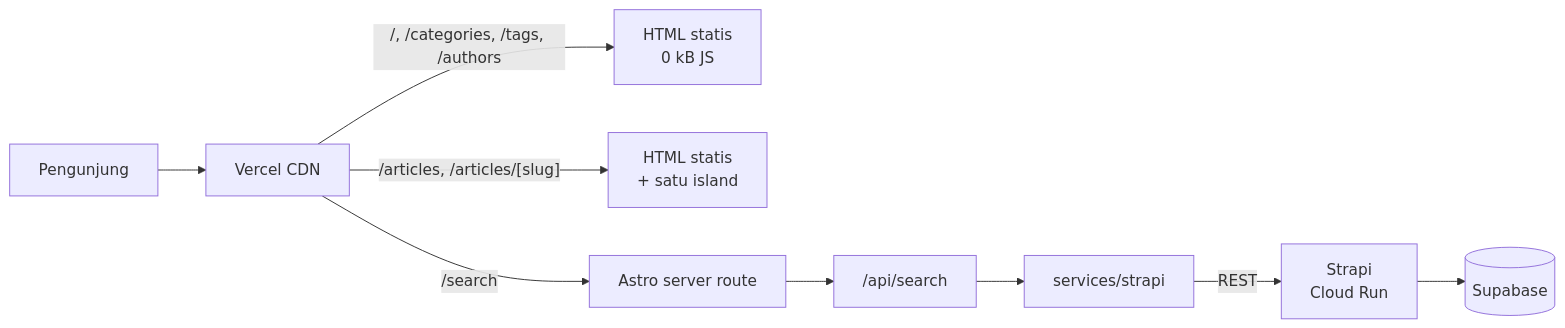
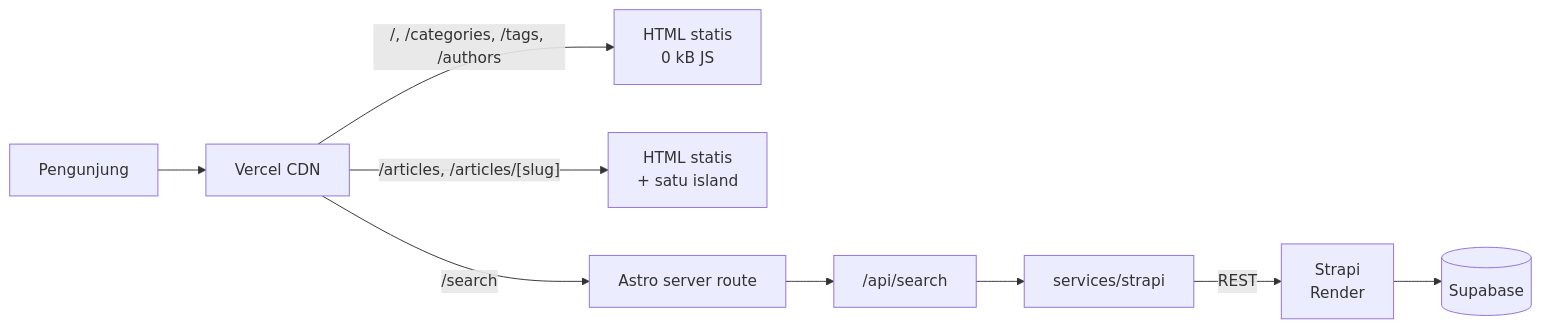
Before and after one commit to AnggaWikaNugraha/knowly-headless-cms: the second of 3 diagrams in docs/ARCHITECTURE.id.md, drawn with Mermaid. The commit also changed other lines of this file and 8 other files, not shown here.

````diff
--- a/docs/ARCHITECTURE.id.md
+++ b/docs/ARCHITECTURE.id.md
@@ -80,11 +80,11 @@
 ```mermaid
 flowchart LR
     U["Pengunjung"] --> CDN["Vercel CDN"]
     CDN -->|"/, /categories, /tags, /authors"| H["HTML statis<br/>0 kB JS"]
     CDN -->|"/articles, /articles/[slug]"| I["HTML statis<br/>+ satu island"]
     CDN -->|"/search"| F["Astro server route"]
     F --> API["/api/search"]
     API --> SL["services/strapi"]
-    SL -->|"REST"| S["Strapi<br/>Cloud Run"]
+    SL -->|"REST"| S["Strapi<br/>Render"]
     S --> DB[("Supabase")]
 ```
````
